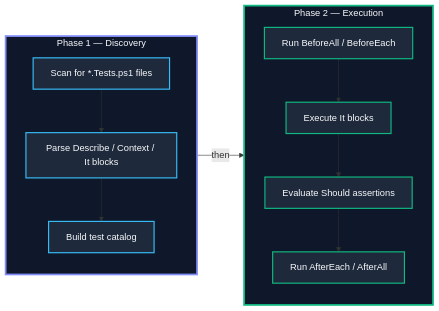
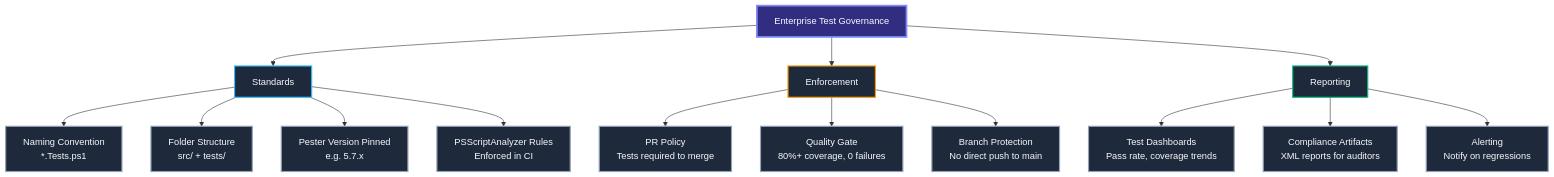
One commit to gitpavleenbali/Pester-Workshop changed the sixth of 7 diagrams in Pester-Delivery/Day-1/Modules/02. Enterprise-Positioning.md. Above: the diagram before and after it, drawn with Mermaid. The commit also changed other lines of this file and 41 other files, not shown here.

````diff
--- a/Pester-Delivery/Day-1/Modules/02. Enterprise-Positioning.md
+++ b/Pester-Delivery/Day-1/Modules/02. Enterprise-Positioning.md
@@ -766,31 +428,36 @@
 ```mermaid
-graph LR
-    subgraph Phase1["Phase 1 — Discovery"]
-        direction TB
-        SCAN["Scan for *.Tests.ps1 files"]
-        PARSE["Parse Describe / Context / It blocks"]
-        CATALOG["Build test catalog"]
-        SCAN --> PARSE --> CATALOG
-    end
+graph TB
+    GOV["Enterprise Test Governance"]
 
-    subgraph Phase2["Phase 2 — Execution"]
-        direction TB
-        SETUP["Run BeforeAll / BeforeEach"]
-        RUN["Execute It blocks"]
-        ASSERT["Evaluate Should assertions"]
-        TEAR["Run AfterEach / AfterAll"]
-        SETUP --> RUN --> ASSERT --> TEAR
-    end
+    GOV --> STD["Standards"]
+    GOV --> ENFORCE["Enforcement"]
+    GOV --> REPORT["Reporting"]
 
-    Phase1 -->|"then"| Phase2
+    STD --> NAMING["Naming Convention\n*.Tests.ps1"]
+    STD --> STRUCTURE["Folder Structure\nsrc/ + tests/"]
+    STD --> VERSION["Pester Version Pinned\ne.g. 5.7.x"]
+    STD --> LINT["PSScriptAnalyzer Rules\nEnforced in CI"]
 
-    style Phase1 fill:#0f172a,stroke:#818cf8,color:#f8fafc,stroke-width:3px
-    style Phase2 fill:#0f172a,stroke:#10b981,color:#f8fafc,stroke-width:3px
-    style SCAN fill:#1e293b,stroke:#38bdf8,color:#f8fafc,stroke-width:2px
-    style PARSE fill:#1e293b,stroke:#38bdf8,color:#f8fafc,stroke-width:2px
-    style CATALOG fill:#1e293b,stroke:#38bdf8,color:#f8fafc,stroke-width:2px
-    style SETUP fill:#1e293b,stroke:#10b981,color:#f8fafc,stroke-width:2px
-    style RUN fill:#1e293b,stroke:#10b981,color:#f8fafc,stroke-width:2px
-    style ASSERT fill:#1e293b,stroke:#10b981,color:#f8fafc,stroke-width:2px
-    style TEAR fill:#1e293b,stroke:#10b981,color:#f8fafc,stroke-width:2px
+    ENFORCE --> PR["PR Policy\nTests required to merge"]
+    ENFORCE --> GATE["Quality Gate\n80%+ coverage, 0 failures"]
+    ENFORCE --> BRANCH["Branch Protection\nNo direct push to main"]
+
+    REPORT --> DASH["Test Dashboards\nPass rate, coverage trends"]
+    REPORT --> AUDIT["Compliance Artifacts\nXML reports for auditors"]
+    REPORT --> ALERT["Alerting\nNotify on regressions"]
+
+    style GOV fill:#312e81,stroke:#818cf8,color:#f8fafc,stroke-width:3px
+    style STD fill:#1e293b,stroke:#38bdf8,color:#f8fafc,stroke-width:2px
+    style ENFORCE fill:#1e293b,stroke:#f59e0b,color:#f8fafc,stroke-width:2px
+    style REPORT fill:#1e293b,stroke:#10b981,color:#f8fafc,stroke-width:2px
+    style NAMING fill:#1e293b,stroke:#94a3b8,color:#f8fafc,stroke-width:2px
+    style STRUCTURE fill:#1e293b,stroke:#94a3b8,color:#f8fafc,stroke-width:2px
+    style VERSION fill:#1e293b,stroke:#94a3b8,color:#f8fafc,stroke-width:2px
+    style LINT fill:#1e293b,stroke:#94a3b8,color:#f8fafc,stroke-width:2px
+    style PR fill:#1e293b,stroke:#94a3b8,color:#f8fafc,stroke-width:2px
+    style GATE fill:#1e293b,stroke:#94a3b8,color:#f8fafc,stroke-width:2px
+    style BRANCH fill:#1e293b,stroke:#94a3b8,color:#f8fafc,stroke-width:2px
+    style DASH fill:#1e293b,stroke:#94a3b8,color:#f8fafc,stroke-width:2px
+    style AUDIT fill:#1e293b,stroke:#94a3b8,color:#f8fafc,stroke-width:2px
+    style ALERT fill:#1e293b,stroke:#94a3b8,color:#f8fafc,stroke-width:2px
 ```
````
